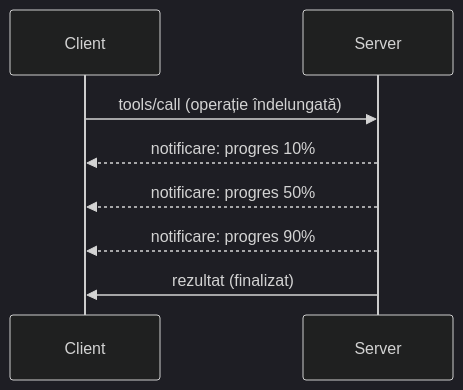
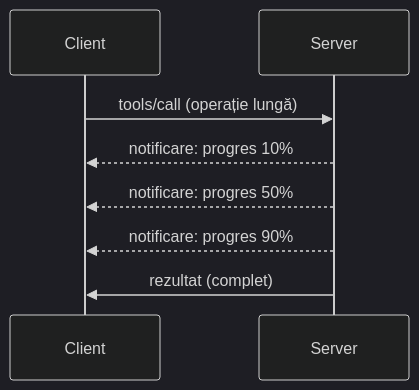
Before and after one commit to HIDORAKAI002/ai-workspace-archive: the diagram in mcp_ecosystem__model_context_protocol/mcp_learning_resources/mcp-for-beginners/translations/ro/05-AdvancedTopics/mcp-protocol-features/README.md, drawn with Mermaid (dark theme). The commit also changed other lines of this file and 1046 other files, not shown here.

````diff
--- a/mcp_ecosystem__model_context_protocol/mcp_learning_resources/mcp-for-beginners/translations/ro/05-AdvancedTopics/mcp-protocol-features/README.md
+++ b/mcp_ecosystem__model_context_protocol/mcp_learning_resources/mcp-for-beginners/translations/ro/05-AdvancedTopics/mcp-protocol-features/README.md
@@ -22,11 +24,11 @@
 ```mermaid
 sequenceDiagram
     participant Client
     participant Server
     
-    Client->>Server: tools/call (operație îndelungată)
+    Client->>Server: tools/call (operație lungă)
     Server-->>Client: notificare: progres 10%
     Server-->>Client: notificare: progres 50%
     Server-->>Client: notificare: progres 90%
-    Server->>Client: rezultat (finalizat)
-```  
+    Server->>Client: rezultat (complet)
+```
````
